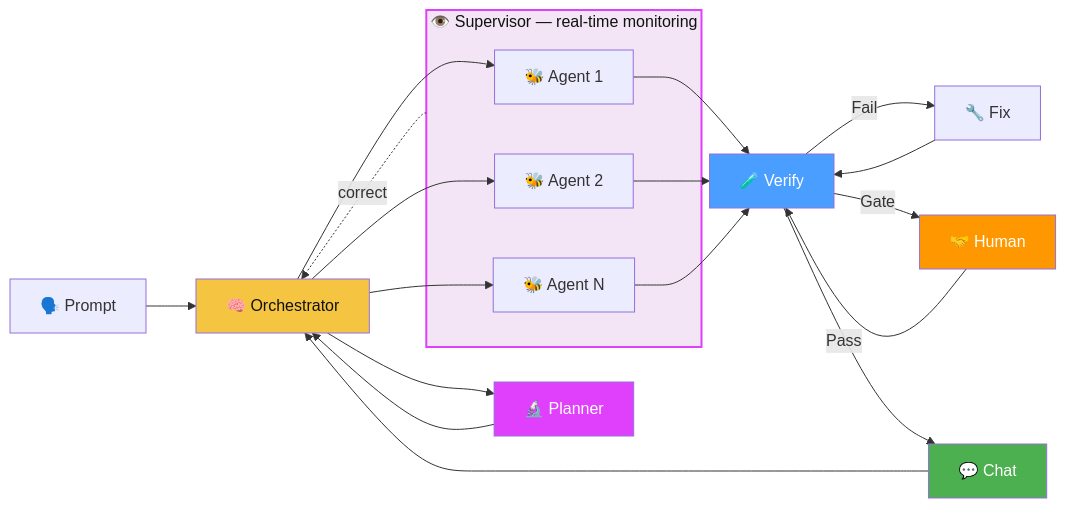
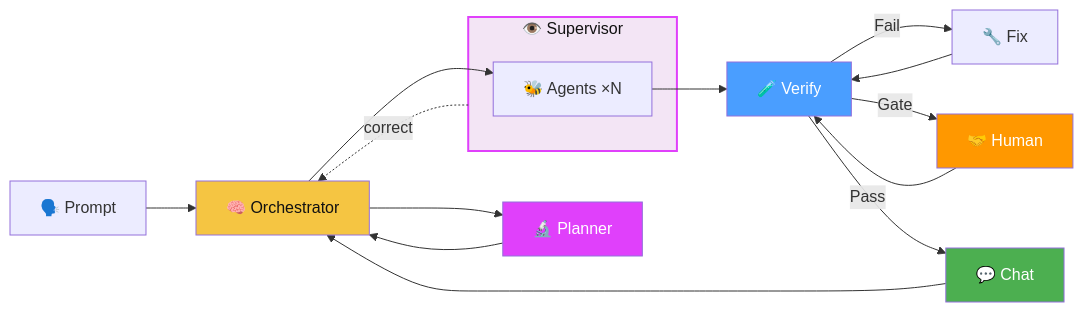
One commit to MrUnreal/hAIvemind changed the first of 3 diagrams in README.md. Above: the diagram before and after it, drawn with Mermaid.

Commit message:
fix(21): simplify README diagram — single Agents node, fewer edges
- Collapse 3 agent nodes into one 'Agents xN' inside Supervisor subgraph
- Chain B --> AG --> G on one line for clean left-to-right flow
- Inline Fix/Human/Chat returns — fewer separate edge declarations
- 7 nodes instead of 10, minimal crossing

````diff
--- a/README.md
+++ b/README.md
@@ -27,29 +27,23 @@
 ```mermaid
 graph LR
   A["🗣️ Prompt"] --> B["🧠 Orchestrator"]
   B --> P["🔬 Planner"]
   P --> B
 
-  subgraph SV["👁️ Supervisor — real-time monitoring"]
-    C["🐝 Agent 1"]
-    D["🐝 Agent 2"]
-    E["🐝 Agent N"]
+  subgraph SV["👁️ Supervisor"]
+    AG["🐝 Agents ×N"]
   end
 
-  B --> C & D & E
-  C & D & E --> G["🧪 Verify"]
+  B --> AG --> G["🧪 Verify"]
   SV -.->|"correct"| B
-  G -->|"Fail"| H["🔧 Fix"]
-  H --> G
-  G -->|"Gate"| K["🤝 Human"]
-  K --> G
-  G -->|"Pass"| I["💬 Chat"]
-  I --> B
+  G -->|"Fail"| H["🔧 Fix"] --> G
+  G -->|"Gate"| K["🤝 Human"] --> G
+  G -->|"Pass"| I["💬 Chat"] --> B
 
   style B fill:#f5c542,color:#111
   style P fill:#e040fb,color:#fff
   style SV fill:#f3e5f5,color:#111,stroke:#e040fb,stroke-width:2px
   style G fill:#4a9eff,color:#fff
   style K fill:#ff9800,color:#fff
   style I fill:#4caf50,color:#fff
 ```
````
